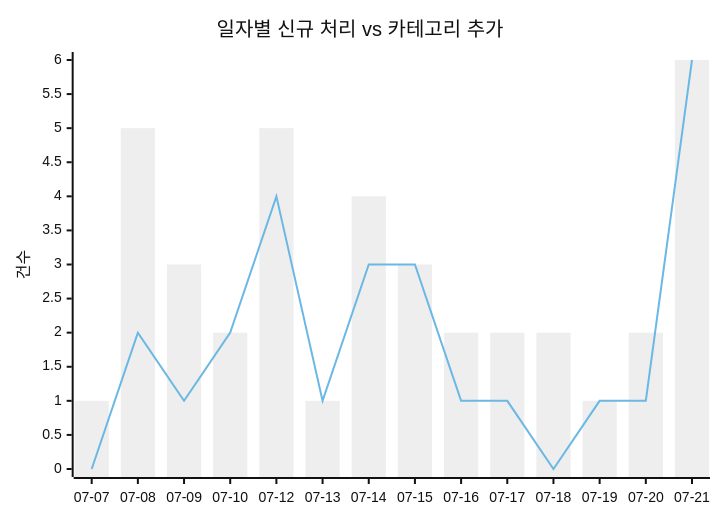
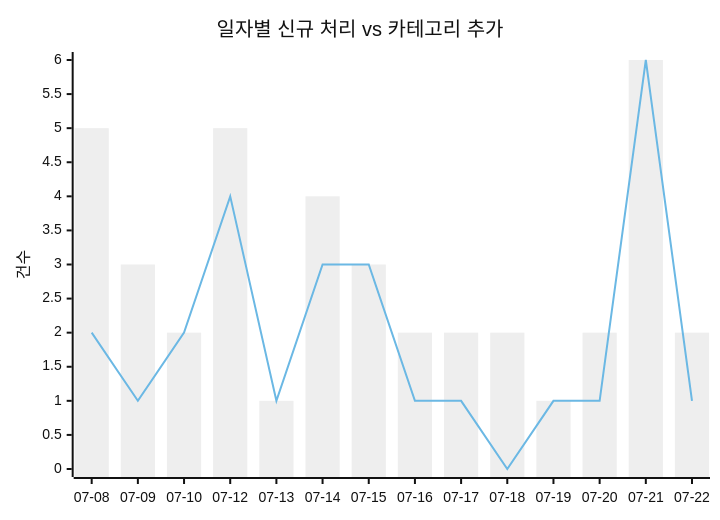
One commit to J-nowcow/awesome-korean-agent-skills changed the first of 2 diagrams in docs/trends.md. Above: the diagram before and after it, drawn with Mermaid (neutral theme). The commit also changed other lines of this file and 3 other files, not shown here.

````diff
--- a/docs/trends.md
+++ b/docs/trends.md
@@ -32,8 +32,8 @@
 ```mermaid
 xychart-beta
     title "일자별 신규 처리 vs 카테고리 추가"
-    x-axis ["07-07","07-08","07-09","07-10","07-12","07-13","07-14","07-15","07-16","07-17","07-18","07-19","07-20","07-21"]
+    x-axis ["07-08","07-09","07-10","07-12","07-13","07-14","07-15","07-16","07-17","07-18","07-19","07-20","07-21","07-22"]
     y-axis "건수"
-    bar [1,5,3,2,5,1,4,3,2,2,2,1,2,6]
-    line [0,2,1,2,4,1,3,3,1,1,0,1,1,6]
+    bar [5,3,2,5,1,4,3,2,2,2,1,2,6,2]
+    line [2,1,2,4,1,3,3,1,1,0,1,1,6,1]
 ```
````
